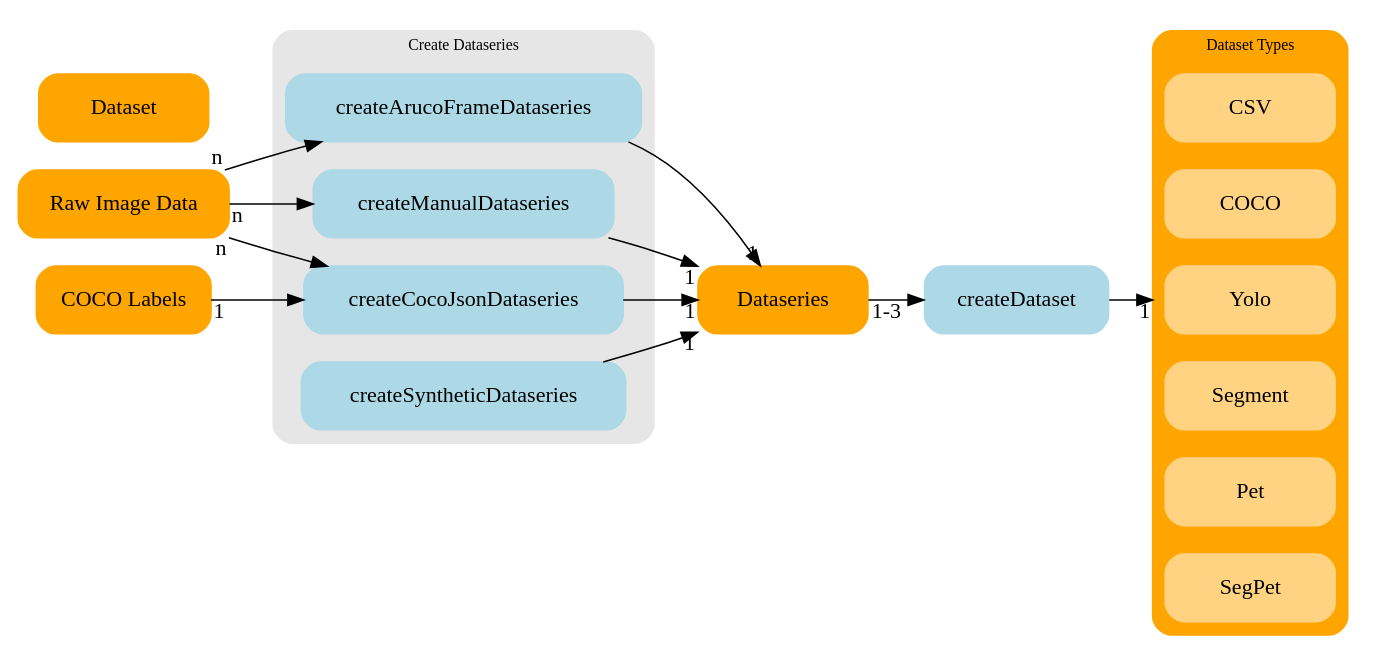
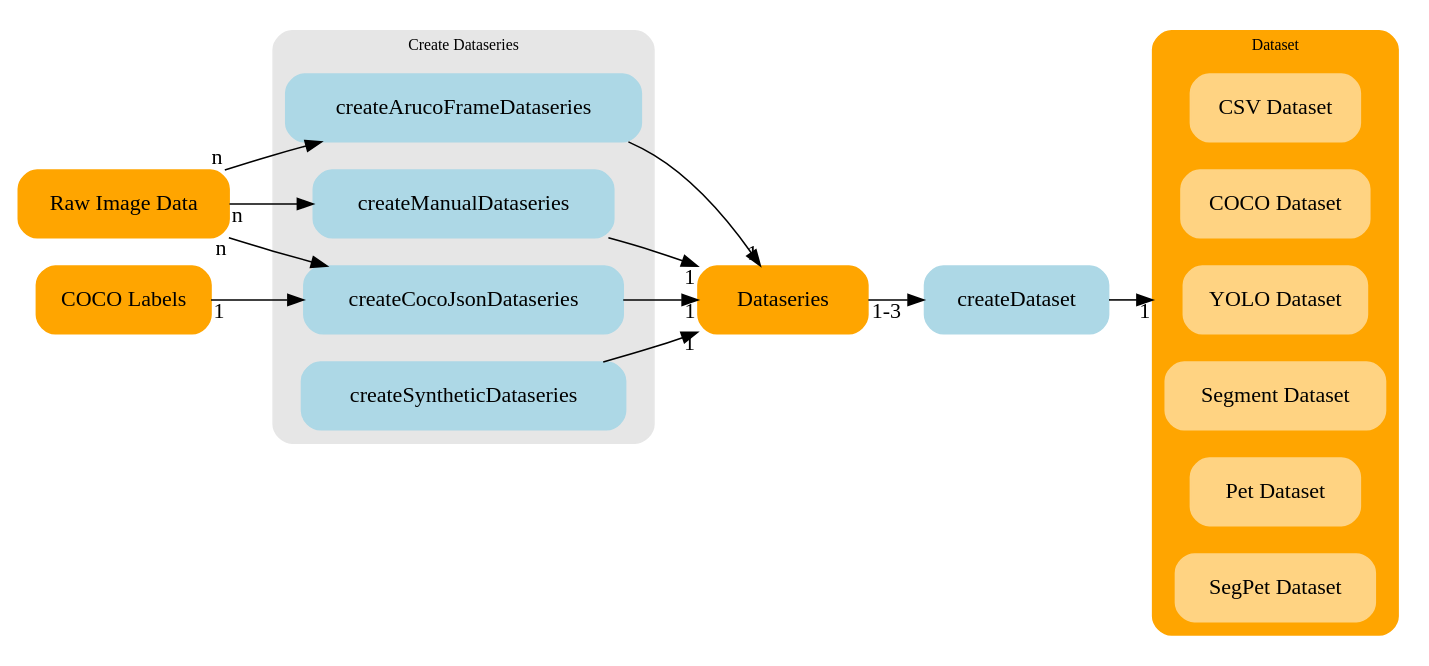
One commit to jnccd/crystal-marker-detection changed the diagram in thesis/assets/graph/arch_data.dot. Above: the diagram before and after it, drawn with Graphviz.

Commit message:
Change dataset cluster labels

```diff
--- a/thesis/assets/graph/arch_data.dot
+++ b/thesis/assets/graph/arch_data.dot
@@ -1,56 +1,56 @@
 digraph arch {
     rankdir=LR
     node [shape=box style="filled,rounded" width=1.5 height=0.6];
     graph [fontsize=10 compound=true];
     
     raw_data [label="Raw Image Data" color=orange]
     coco_labels [label="COCO Labels" color=orange]
     Dataseries [color=orange]
-    Dataset [color=orange]
+    #Dataset [color=orange]
     createDataset [color=lightblue]
     
     # Mark: style="filled,rounded,dashed" fillcolor=lightblue color=red penwidth=3
 
     subgraph cluster_dataseries {
         graph [style="filled,rounded", color="#e6e6e6"]
         label = "Create Dataseries";
 
         createArucoFrameDataseries [color=lightblue] 
         createCocoJsonDataseries [color=lightblue]
         createManualDataseries [color=lightblue]
         createSyntheticDataseries [color=lightblue]
         
         {
             rank = same;
             createSyntheticDataseries -> createCocoJsonDataseries -> createManualDataseries -> createArucoFrameDataseries [style=invis]
         }
     }
 
     subgraph cluster_dataset {
         graph [style="filled,rounded", color=orange]
-        label = "Dataset Types";
+        label = "Dataset";
 
-        CSV [color="#ffd382"]
-        COCO [color="#ffd382"]
-        Yolo [color="#ffd382"]
-        Segment [color="#ffd382"]
-        Pet [color="#ffd382"]
-        SegPet [color="#ffd382"]
+        CSV [color="#ffd382" label="CSV Dataset"]
+        COCO [color="#ffd382" label="COCO Dataset"]
+        YOLO [color="#ffd382" label="YOLO Dataset"]
+        Segment [color="#ffd382" label="Segment Dataset"]
+        Pet [color="#ffd382" label="Pet Dataset"]
+        SegPet [color="#ffd382" label="SegPet Dataset"]
     }
 
     raw_data -> createArucoFrameDataseries [taillabel="n"]
     raw_data -> createCocoJsonDataseries [taillabel="n"]
     raw_data -> createManualDataseries [taillabel="n"]
     coco_labels -> createCocoJsonDataseries [taillabel="1"]
     
     #{rank=same; createArucoFrameDataseries; createCocoJsonDataseries; createManualDataseries; createSyntheticDataseries;}
 
     createArucoFrameDataseries -> Dataseries [headlabel="1"]
     createCocoJsonDataseries -> Dataseries [headlabel="1"]
     createManualDataseries -> Dataseries [headlabel="1"]
     createSyntheticDataseries -> Dataseries [headlabel="1"]
 
     Dataseries -> createDataset [taillabel="1-3"]
 
-    createDataset -> Yolo [headlabel="1", lhead=cluster_dataset]
+    createDataset -> YOLO [headlabel="1", lhead=cluster_dataset]
 }
```
